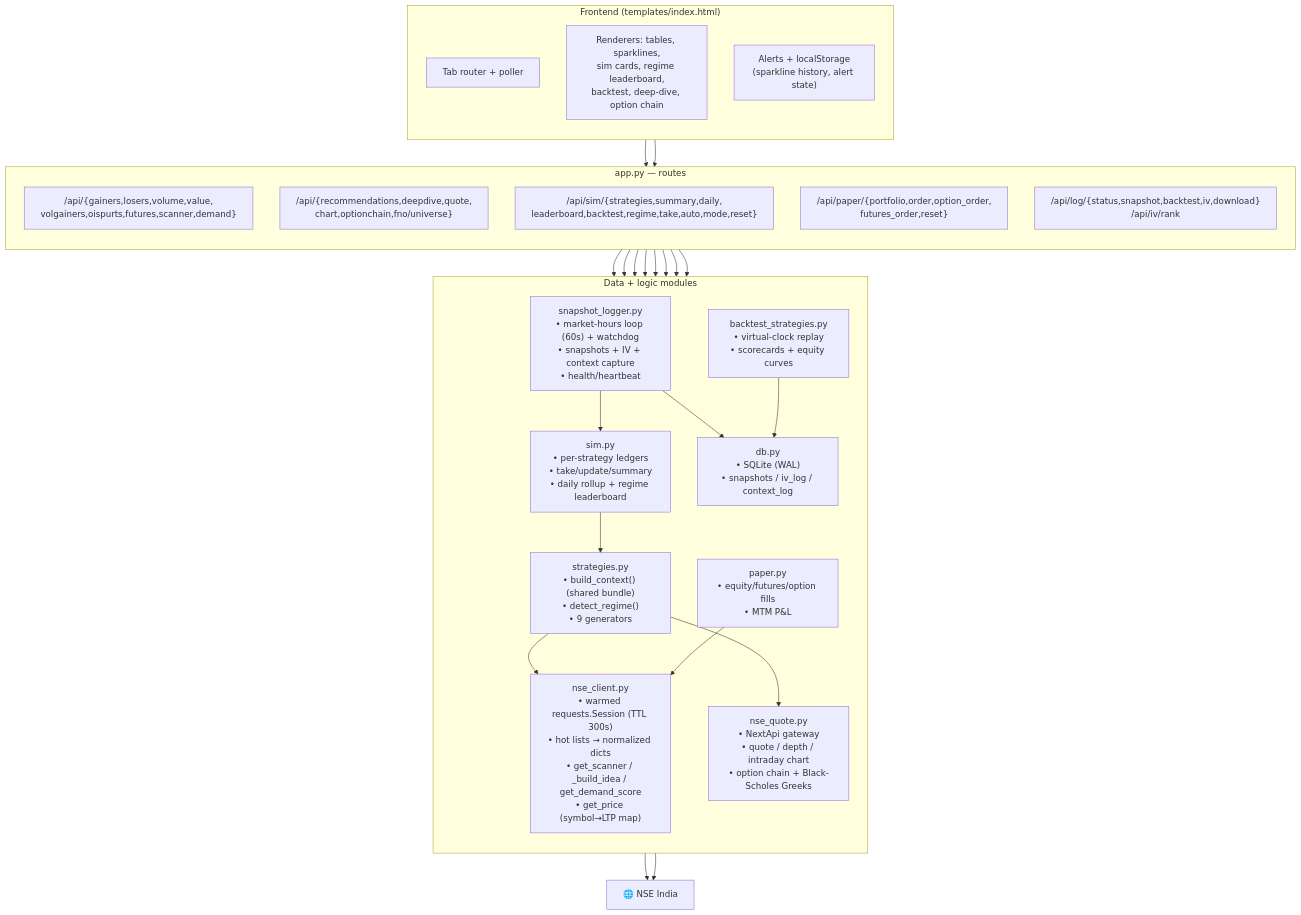
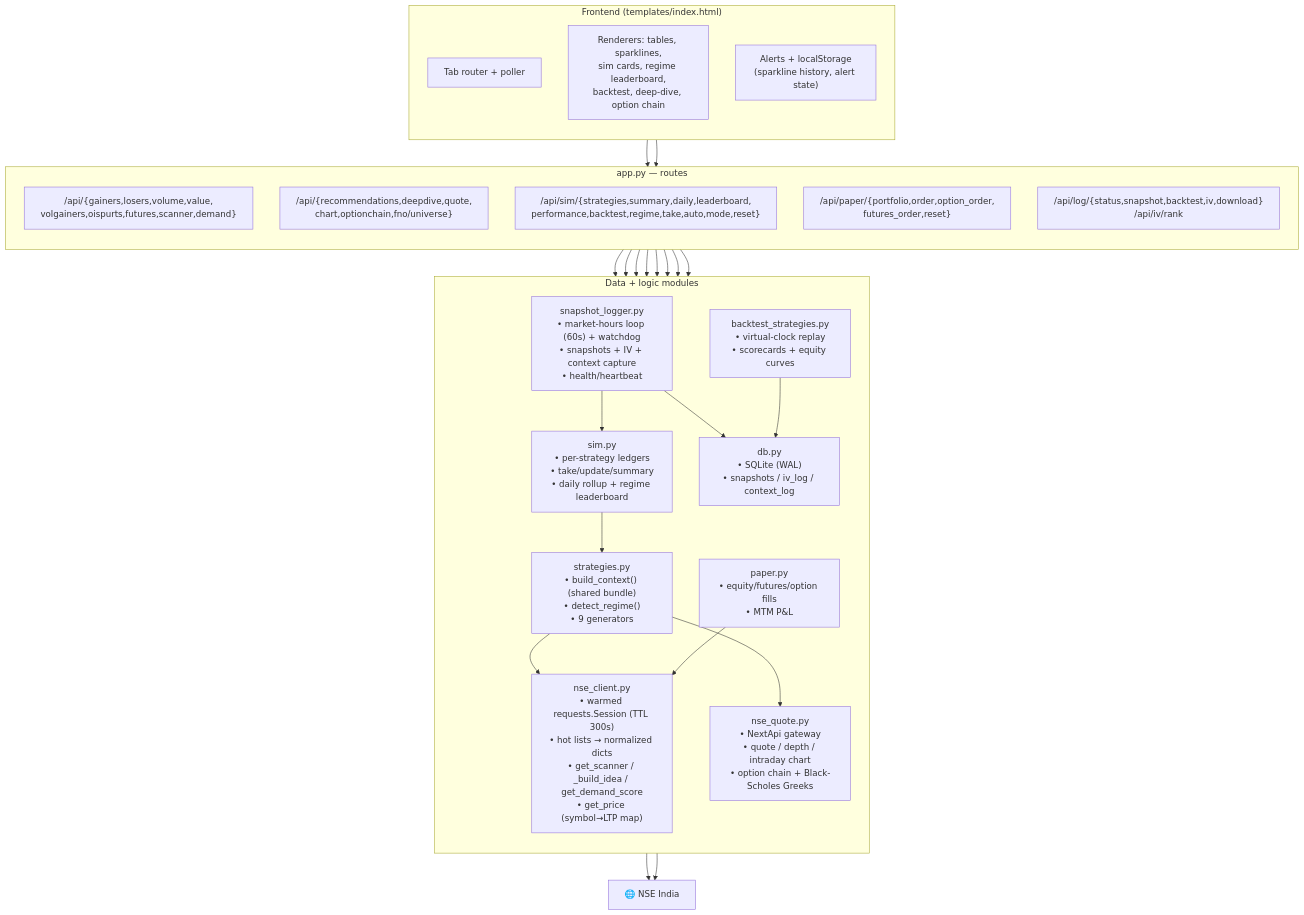
One commit to aakash-jain-1/nse-market-pulse changed the second of 7 diagrams in README.md. Above: the diagram before and after it, drawn with Mermaid. The commit also changed other lines of this file and 6 other files, not shown here.

First line of the commit message:
Sim ledger -> SQLite, all-time performance, daily historical backtest

````diff
--- a/README.md
+++ b/README.md
@@ -130,47 +131,47 @@
 ```mermaid
 flowchart TB
     subgraph FE["Frontend (templates/index.html)"]
         direction TB
         TABS["Tab router + poller"]
         REND["Renderers: tables, sparklines,<br/>sim cards, regime leaderboard,<br/>backtest, deep-dive, option chain"]
         ALERT["Alerts + localStorage<br/>(sparkline history, alert state)"]
     end
 
     subgraph API["app.py — routes"]
         direction TB
         R1["/api/{gainers,losers,volume,value,<br/>volgainers,oispurts,futures,scanner,demand}"]
         R2["/api/{recommendations,deepdive,quote,<br/>chart,optionchain,fno/universe}"]
-        R3["/api/sim/{strategies,summary,daily,<br/>leaderboard,backtest,regime,take,auto,mode,reset}"]
+        R3["/api/sim/{strategies,summary,daily,leaderboard,<br/>performance,backtest,regime,take,auto,mode,reset}"]
         R4["/api/paper/{portfolio,order,option_order,<br/>futures_order,reset}"]
         R5["/api/log/{status,snapshot,backtest,iv,download}<br/>/api/iv/rank"]
     end
 
     subgraph DATA["Data + logic modules"]
         direction TB
         NC["nse_client.py<br/>• warmed requests.Session (TTL 300s)<br/>• hot lists → normalized dicts<br/>• get_scanner / _build_idea / get_demand_score<br/>• get_price (symbol→LTP map)"]
         NQ["nse_quote.py<br/>• NextApi gateway<br/>• quote / depth / intraday chart<br/>• option chain + Black-Scholes Greeks"]
         ST["strategies.py<br/>• build_context() (shared bundle)<br/>• detect_regime()<br/>• 9 generators"]
         SM["sim.py<br/>• per-strategy ledgers<br/>• take/update/summary<br/>• daily rollup + regime leaderboard"]
         BK["backtest_strategies.py<br/>• virtual-clock replay<br/>• scorecards + equity curves"]
         PP["paper.py<br/>• equity/futures/option fills<br/>• MTM P&L"]
         SL["snapshot_logger.py<br/>• market-hours loop (60s) + watchdog<br/>• snapshots + IV + context capture<br/>• health/heartbeat"]
         DBM["db.py<br/>• SQLite (WAL)<br/>• snapshots / iv_log / context_log"]
     end
 
     NSEAPI["🌐 NSE India"]
 
     TABS --> API
     REND --> API
     R1 --> NC
     R2 --> NC & NQ
     R3 --> SM & BK & ST
     R4 --> PP
     R5 --> SL
     NC --> NSEAPI
     NQ --> NSEAPI
     ST --> NC & NQ
     SM --> ST
     SL --> SM & DBM
     BK --> DBM
     PP --> NC
 ```
````
